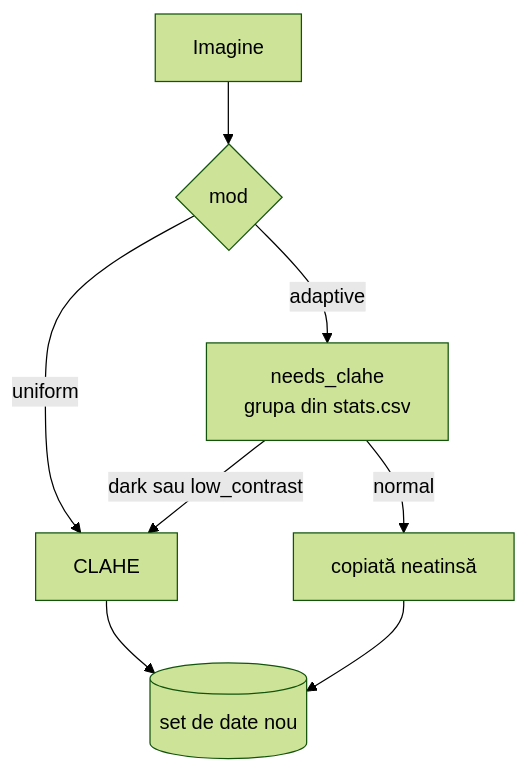
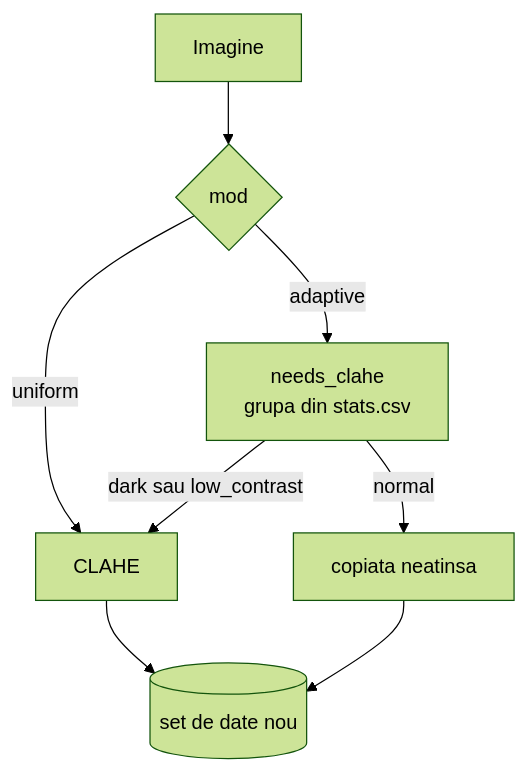
One commit to zaha27/pi-p changed the second of 2 diagrams in docs/pipeline/03-imbunatatirea-contrastului.md. Above: the diagram before and after it, drawn with Mermaid (forest theme). The commit also changed other lines of this file and 57 other files, not shown here.

````diff
--- a/docs/pipeline/03-imbunatatirea-contrastului.md
+++ b/docs/pipeline/03-imbunatatirea-contrastului.md
@@ -40,11 +40,11 @@
 ```mermaid
 flowchart TB
     A["Imagine"] --> M{"mod"}
     M -- "uniform" --> C["CLAHE"]
     M -- "adaptive" --> S["needs_clahe
 grupa din stats.csv"]
     S -- "dark sau low_contrast" --> C
-    S -- "normal" --> K["copiată neatinsă"]
+    S -- "normal" --> K["copiata neatinsa"]
     C --> O[("set de date nou")]
     K --> O
 ```
````
